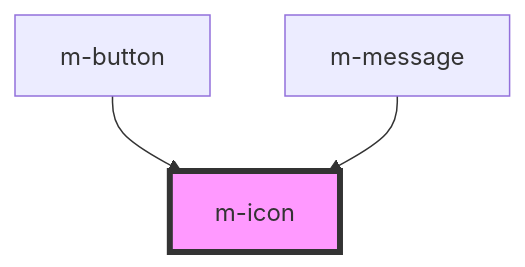
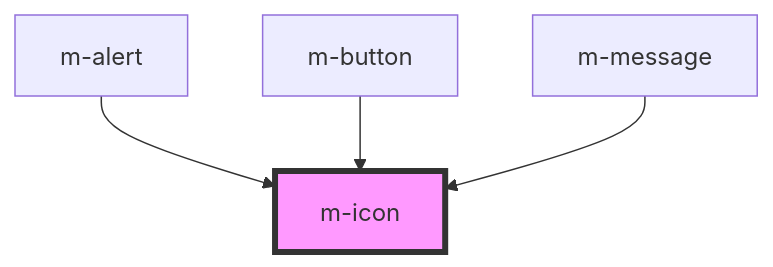
One commit to const-love-365-10000/mark-ui changed the diagram in src/components/m-icon/readme.md. Above: the diagram before and after it, drawn with Mermaid. The commit also changed other lines of this file and 19 other files, not shown here.

````diff
--- a/src/components/m-icon/readme.md
+++ b/src/components/m-icon/readme.md
@@ -25,6 +27,7 @@
 ```mermaid
 graph TD;
+  m-alert --> m-icon
   m-button --> m-icon
   m-message --> m-icon
   style m-icon fill:#f9f,stroke:#333,stroke-width:4px
 ```
````
